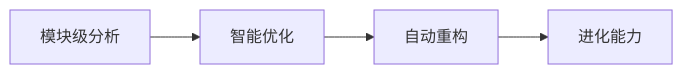
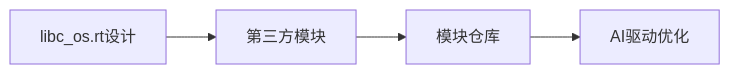
One commit to wanjochan/self-evolve-ai changed the fifth of 5 diagrams in docs/cursor.md. Above: the diagram before and after it, drawn with Mermaid. The commit also changed other lines of this file and 23 other files, not shown here.

````diff
--- a/docs/cursor.md
+++ b/docs/cursor.md
@@ -292,6 +278,6 @@
 ```mermaid
 graph LR
-    A[模块级分析] --> B[智能优化]
-    B --> C[自动重构]
-    C --> D[进化能力]
+    A[libc_os.rt设计] --> B[第三方模块]
+    B --> C[模块仓库]
+    C --> D[AI驱动优化]
 ```
````
